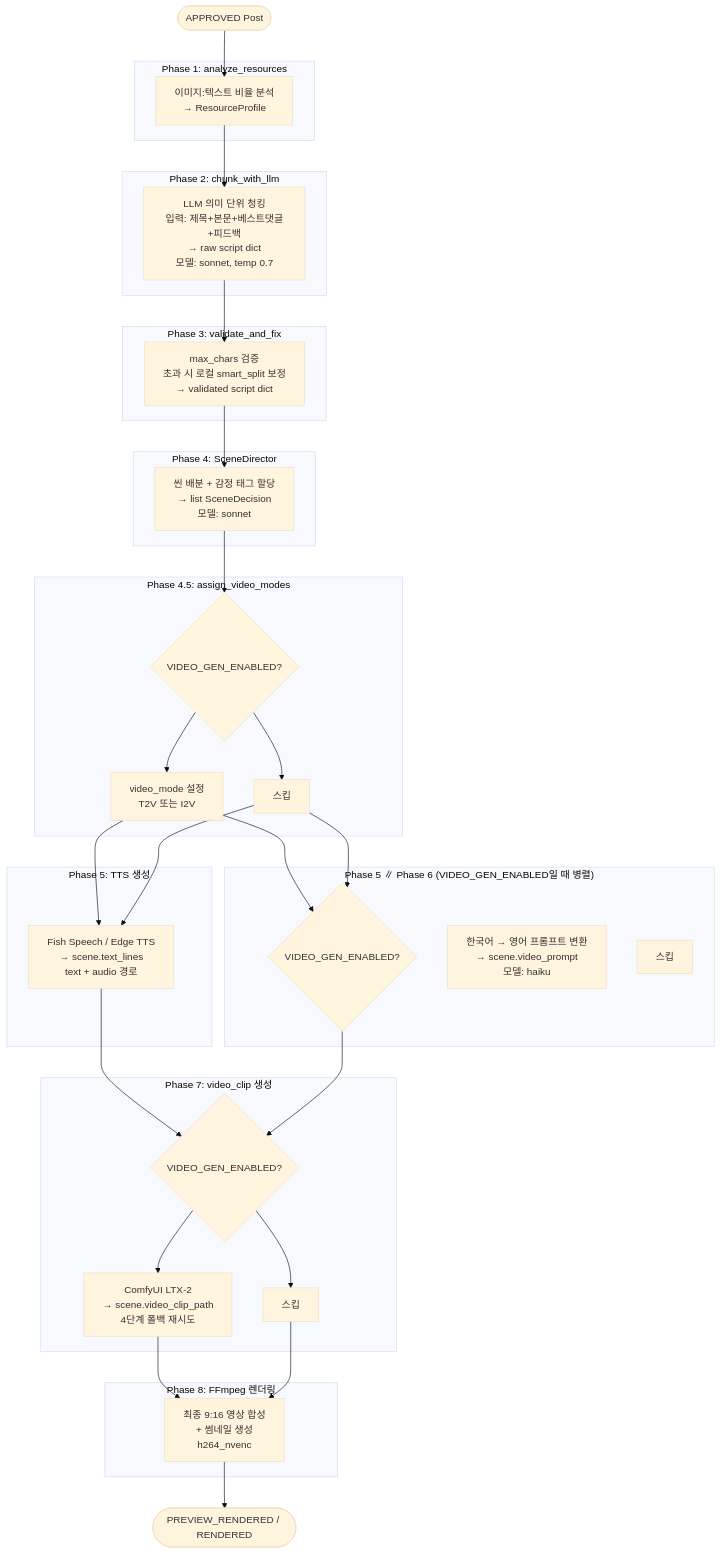
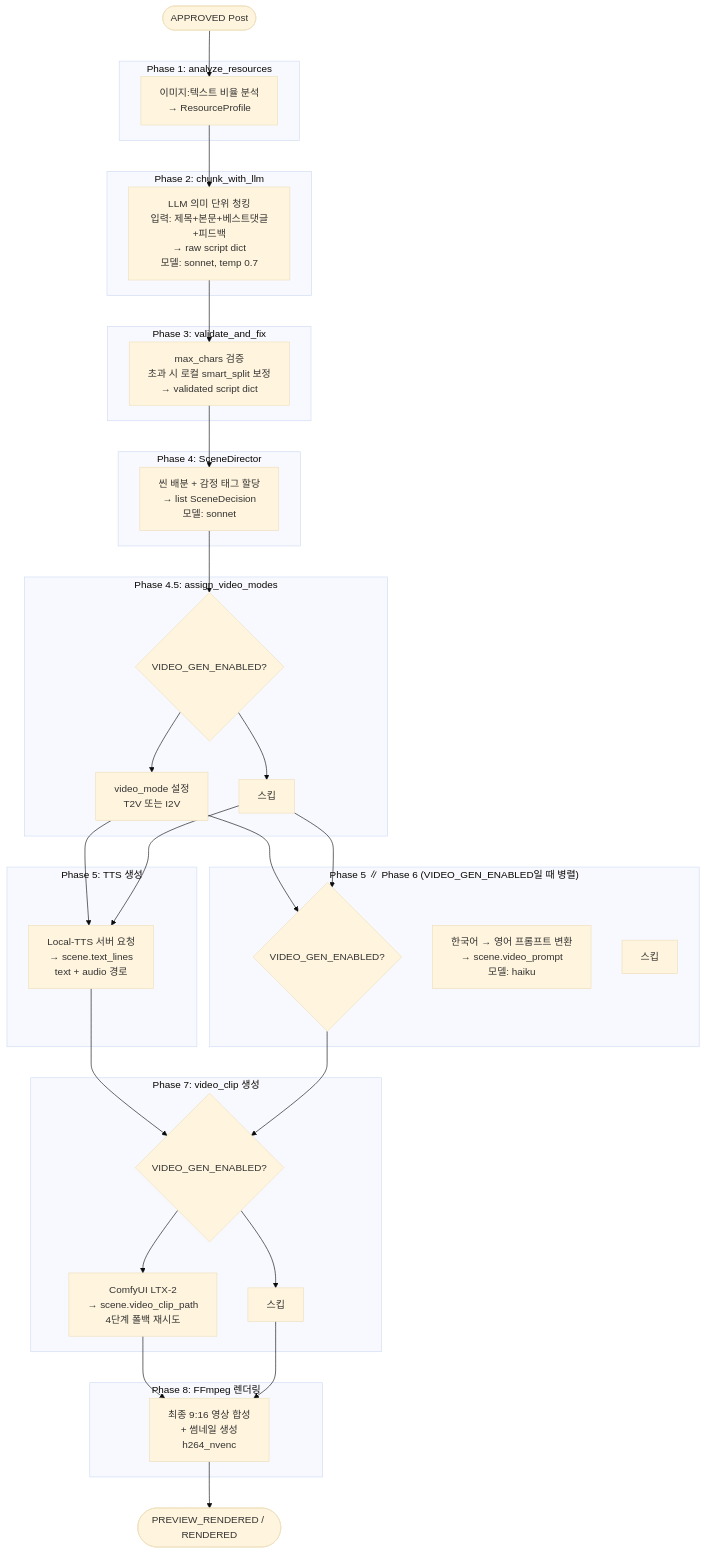
One commit to Justant-source/WaggleBot changed the first of 2 diagrams in docs/worker/30-components/pipeline.md. Above: the diagram before and after it, drawn with Mermaid (base theme). The commit also changed other lines of this file and 81 other files, not shown here.

First line of the commit message:
feat(tts): Fish Speech 폐기, Local-TTS 제공자로 전환 (프리셋 보이스 M1~M5/F1~F5, 발음 프로필 wagglebot/shorts-ko)

````diff
--- a/docs/worker/30-components/pipeline.md
+++ b/docs/worker/30-components/pipeline.md
@@ -15,56 +15,56 @@
 ```mermaid
 flowchart TD
     START([APPROVED Post]) --> P1
 
     subgraph Phase1["Phase 1: analyze_resources"]
         P1[이미지:텍스트 비율 분석<br/>→ ResourceProfile]
     end
 
     subgraph Phase2["Phase 2: chunk_with_llm"]
         P2[LLM 의미 단위 청킹<br/>입력: 제목+본문+베스트댓글+피드백<br/>→ raw script dict<br/>모델: sonnet, temp 0.7]
     end
 
     subgraph Phase3["Phase 3: validate_and_fix"]
         P3[max_chars 검증<br/>초과 시 로컬 smart_split 보정<br/>→ validated script dict]
     end
 
     subgraph Phase4["Phase 4: SceneDirector"]
         P4[씬 배분 + 감정 태그 할당<br/>→ list SceneDecision<br/>모델: sonnet]
     end
 
     subgraph Phase45["Phase 4.5: assign_video_modes"]
         P45{VIDEO_GEN_ENABLED?}
         P45Y[video_mode 설정<br/>T2V 또는 I2V]
         P45N[스킵]
     end
 
     subgraph Phase5["Phase 5: TTS 생성"]
-        P5[Fish Speech / Edge TTS<br/>→ scene.text_lines<br/>text + audio 경로]
+        P5[Local-TTS 서버 요청<br/>→ scene.text_lines<br/>text + audio 경로]
     end
 
     subgraph Phase56["Phase 5 ∥ Phase 6 (VIDEO_GEN_ENABLED일 때 병렬)"]
         P6{VIDEO_GEN_ENABLED?}
         P6Y[한국어 → 영어 프롬프트 변환<br/>→ scene.video_prompt<br/>모델: haiku]
         P6N[스킵]
     end
 
     subgraph Phase7["Phase 7: video_clip 생성"]
         P7{VIDEO_GEN_ENABLED?}
         P7Y[ComfyUI LTX-2<br/>→ scene.video_clip_path<br/>4단계 폴백 재시도]
         P7N[스킵]
     end
 
     subgraph Phase8["Phase 8: FFmpeg 렌더링"]
         P8[최종 9:16 영상 합성<br/>+ 썸네일 생성<br/>h264_nvenc]
     end
 
     END([PREVIEW_RENDERED / RENDERED])
 
     P1 --> P2 --> P3 --> P4 --> P45
     P45 --> P45Y & P45N
     P45Y & P45N --> P5
     P45Y & P45N --> P6
     P5 & P6 --> P7
     P7 --> P7Y & P7N
     P7Y & P7N --> P8 --> END
 ```
````
